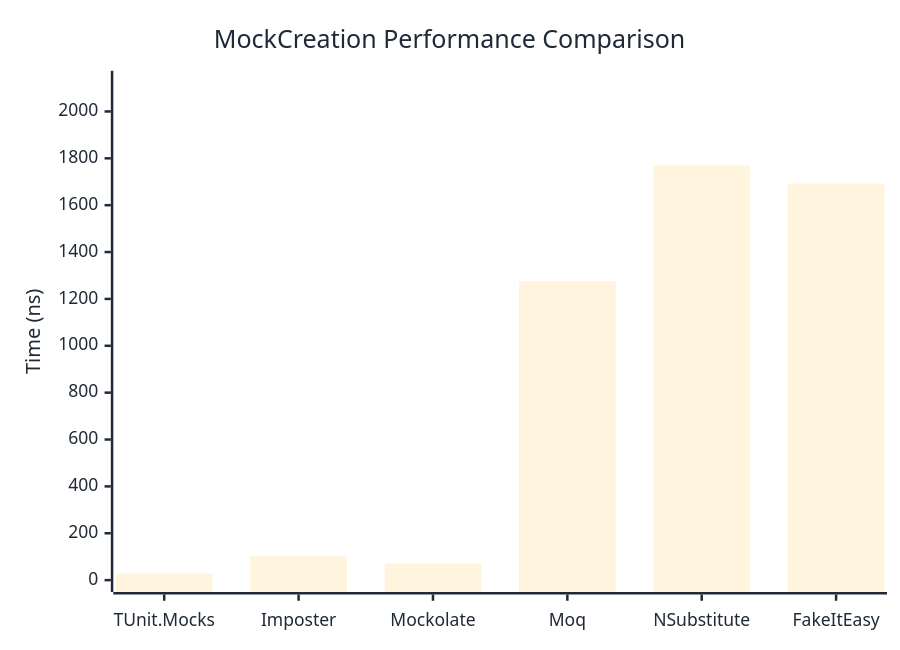
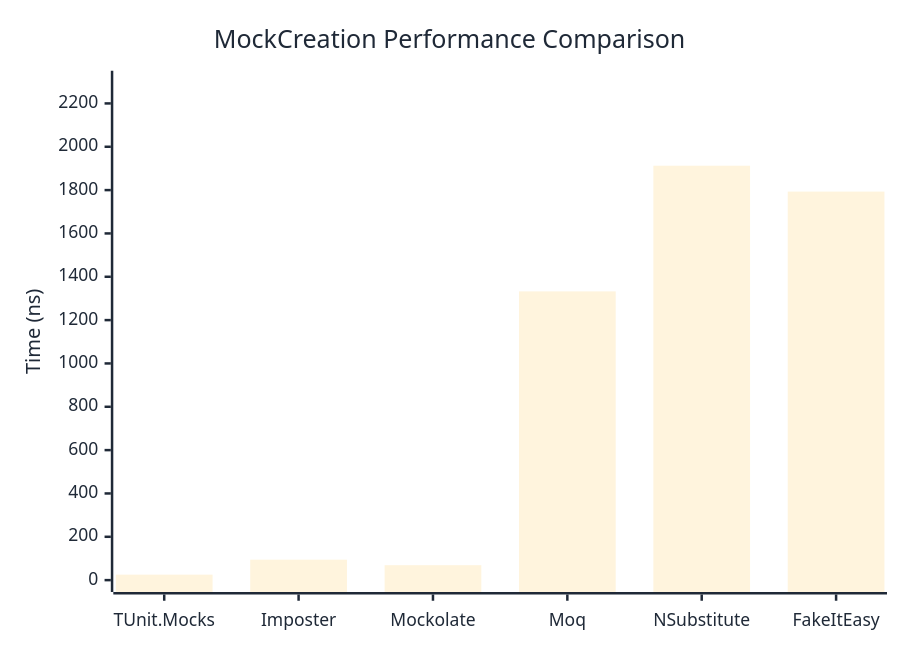
The first of 2 diagrams in docs/docs/benchmarks/mocks/MockCreation.md (thomhurst/TUnit), drawn with Mermaid before and after one commit. The commit also changed other lines of this file and 14 other files, not shown here.

````diff
--- a/docs/docs/benchmarks/mocks/MockCreation.md
+++ b/docs/docs/benchmarks/mocks/MockCreation.md
@@ -28,27 +28,27 @@
 ```mermaid
 %%{init: {
   'theme':'base',
   'themeVariables': {
     'primaryColor': '#2563eb',
     'primaryTextColor': '#1f2937',
     'primaryBorderColor': '#1e40af',
     'lineColor': '#6b7280',
     'secondaryColor': '#7c3aed',
     'tertiaryColor': '#dc2626',
     'background': '#ffffff',
     'pie1': '#2563eb',
     'pie2': '#7c3aed',
     'pie3': '#dc2626',
     'pie4': '#f59e0b',
     'pie5': '#10b981',
     'pie6': '#06b6d4',
     'pie7': '#ec4899',
     'pie8': '#6366f1'
   }
 }}%%
 xychart-beta
   title "MockCreation Performance Comparison"
   x-axis ["TUnit.Mocks", "Imposter", "Mockolate", "Moq", "NSubstitute", "FakeItEasy"]
-  y-axis "Time (ns)" 0 --> 2123
-  bar [27.63, 101.38, 71.58, 1275.47, 1768.84, 1692.52]
+  y-axis "Time (ns)" 0 --> 2296
+  bar [25.25, 94.35, 68.9, 1332.59, 1912.63, 1793.11]
 ```
````
